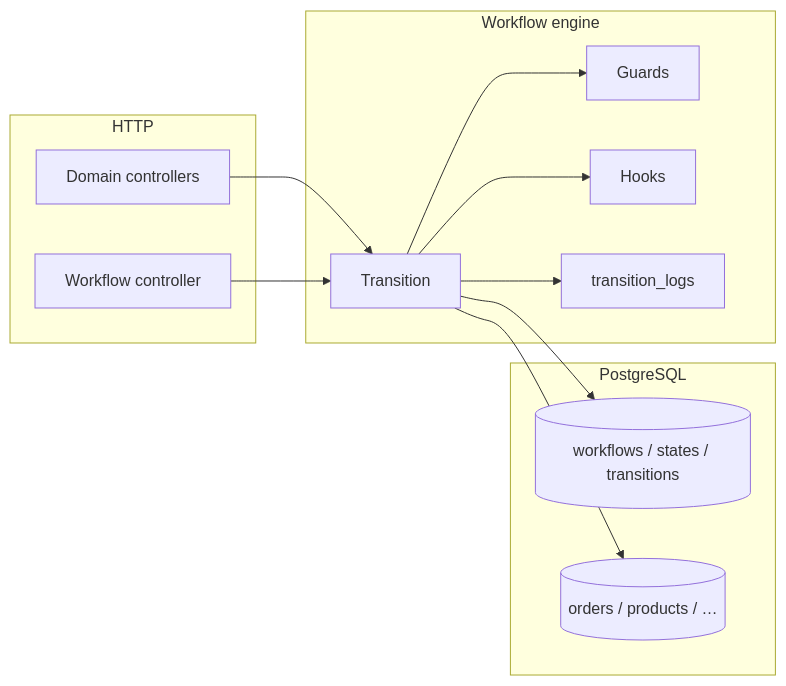
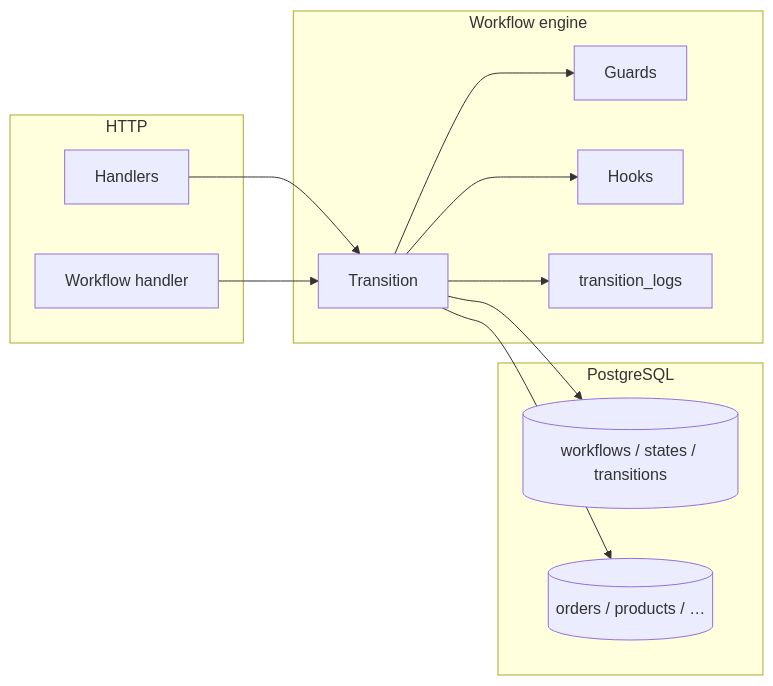
One commit to alireza-akbarzadeh/luxe changed the first of 2 diagrams in documentation/architecture.md. Above: the diagram before and after it, drawn with Mermaid. The commit also changed other lines of this file and 14 other files, not shown here.

First line of the commit message:
refactor: update architecture and cursor rules for application layer

````diff
--- a/documentation/architecture.md
+++ b/documentation/architecture.md
@@ -305,24 +310,24 @@
 ```mermaid
 flowchart LR
   subgraph api [HTTP]
-    DC[Domain controllers]
-    WC[Workflow controller]
+    H[Handlers]
+    WC[Workflow handler]
   end
   subgraph engine [Workflow engine]
     T[Transition]
     G[Guards]
-    H[Hooks]
+    Hk[Hooks]
     L[transition_logs]
   end
   subgraph data [PostgreSQL]
     WF[(workflows / states / transitions)]
     ENT[(orders / products / …)]
   end
-  DC --> T
+  H --> T
   WC --> T
   T --> G
   T --> WF
   T --> ENT
   T --> L
-  T --> H
+  T --> Hk
 ```
````
